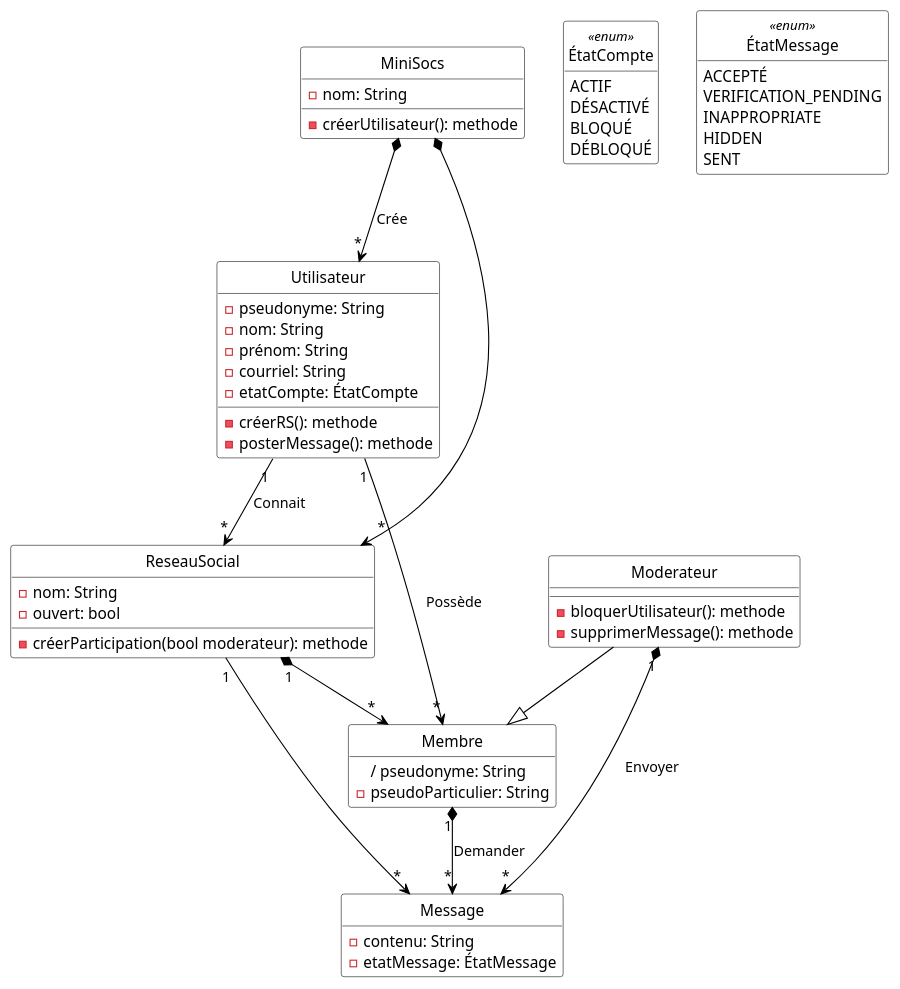
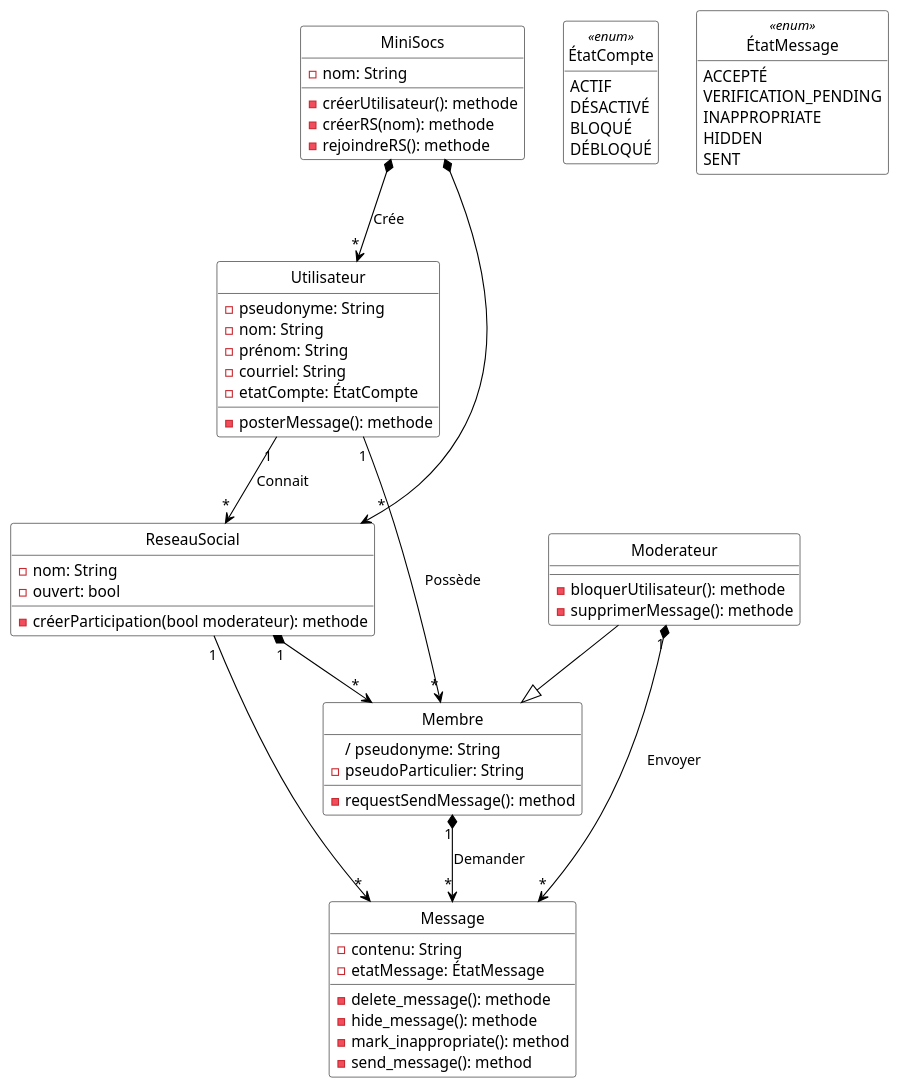
The diagram in Diagrammes/minisocs_uml_diag_classes_sans_notif.pu (lukalafaye/MiniSocs), drawn with PlantUML before and after one commit. The commit also changed 25 other files, not shown here.

```diff
--- a/Diagrammes/minisocs_uml_diag_classes_sans_notif.pu
+++ b/Diagrammes/minisocs_uml_diag_classes_sans_notif.pu
@@ -1,83 +1,89 @@
 	@startuml
 
 	'Diagramme de classes (PlantUML)'
 
 	'Configuration charte graphique'
 	hide empty methods
 	hide circle
 	skinparam class {
 	  BackgroundColor White
 	  ArrowColor Black
 	  BorderColor Black
 	}
 
 	'Classes, énumérations, etc.'
 	class MiniSocs {
 	  - nom: String
 	  - créerUtilisateur(): methode
+	  - créerRS(nom): methode
+	  - rejoindreRS(): methode
 	}
 
 	class Utilisateur {
 	  - pseudonyme: String
 	  - nom: String
 	  - prénom: String
 	  - courriel: String
 	  - etatCompte: ÉtatCompte
-	  - créerRS(): methode
 	  - posterMessage(): methode
 	}
 
 	enum ÉtatCompte <<enum>> {
 	  ACTIF
 	  DÉSACTIVÉ
 	  BLOQUÉ
 	  DÉBLOQUÉ
 	}
 
 	enum ÉtatMessage <<enum>> {
 	  ACCEPTÉ
 	  VERIFICATION_PENDING
 	  INAPPROPRIATE
 	  HIDDEN
 	  SENT
 	}
 
 	class Membre {
 	  / pseudonyme: String
 	  - pseudoParticulier: String
+	  - requestSendMessage(): method
 	}
 
 	class Moderateur {
 	  - bloquerUtilisateur(): methode
 	  - supprimerMessage(): methode
 	}
 
 	class ReseauSocial {
 	  - nom: String
 	  - ouvert: bool
 	  - créerParticipation(bool moderateur): methode
 	}
 
 	class Message {
 	  - contenu: String
 	  - etatMessage: ÉtatMessage
+	  - delete_message(): methode
+	  - hide_message(): methode
+	  - mark_inappropriate(): method
+	  - send_message(): method
 	}
 
 	'Associations, etc.'
 	MiniSocs *--> "*" Utilisateur: Crée
 	Utilisateur "1" --> "*" ReseauSocial: Connait
         Utilisateur "1" --> "*" Membre: Possède
 	
 	Moderateur "1" *--> "*" Message: Envoyer
 	Membre "1" *--> "*" Message: Demander
         
 	MiniSocs *--> "*" ReseauSocial
         ReseauSocial "1"--> "*" Message
         
 	ReseauSocial "1" *--> "*" Membre
 
 	Moderateur --|> Membre
 	
 	'Au besoin, aides pour le positionnement'
 
 	@enduml
```
